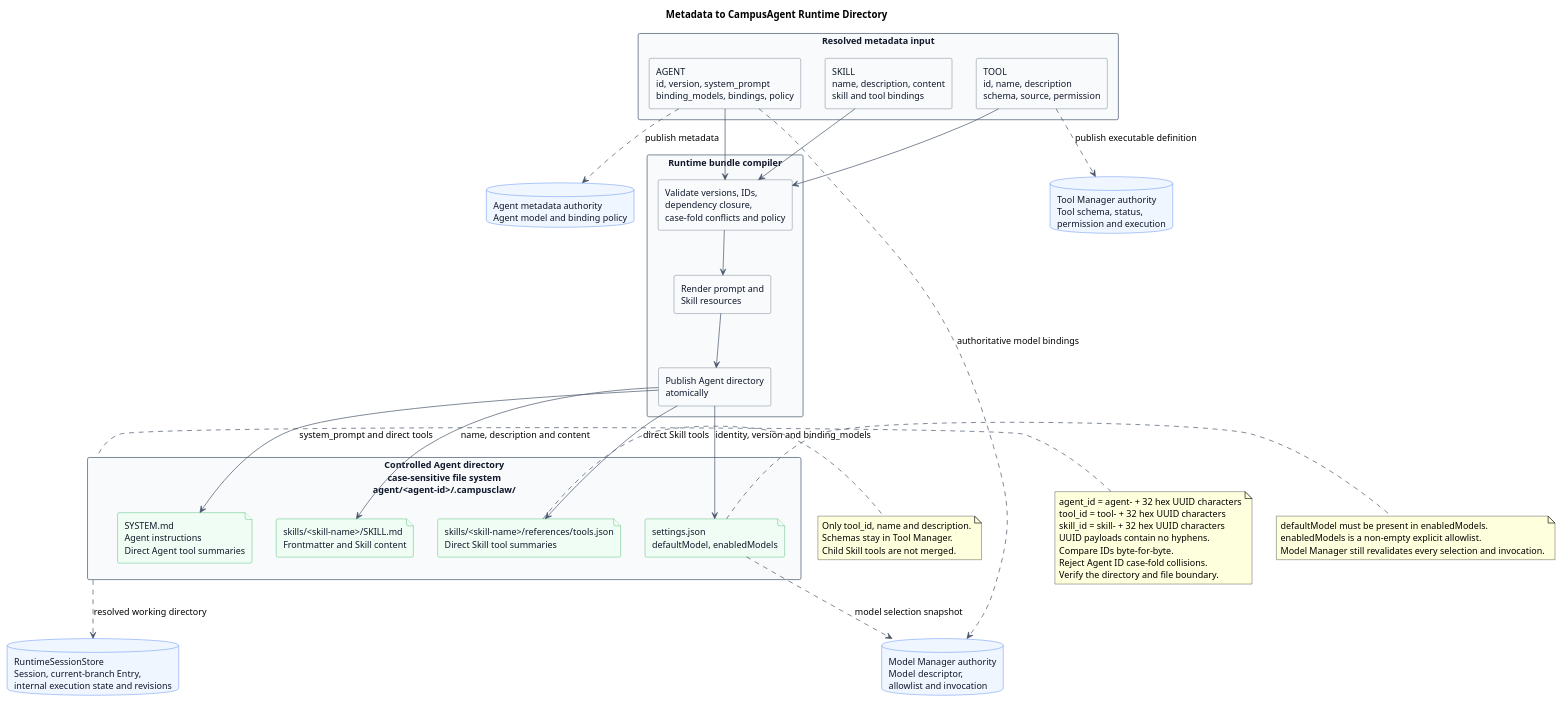
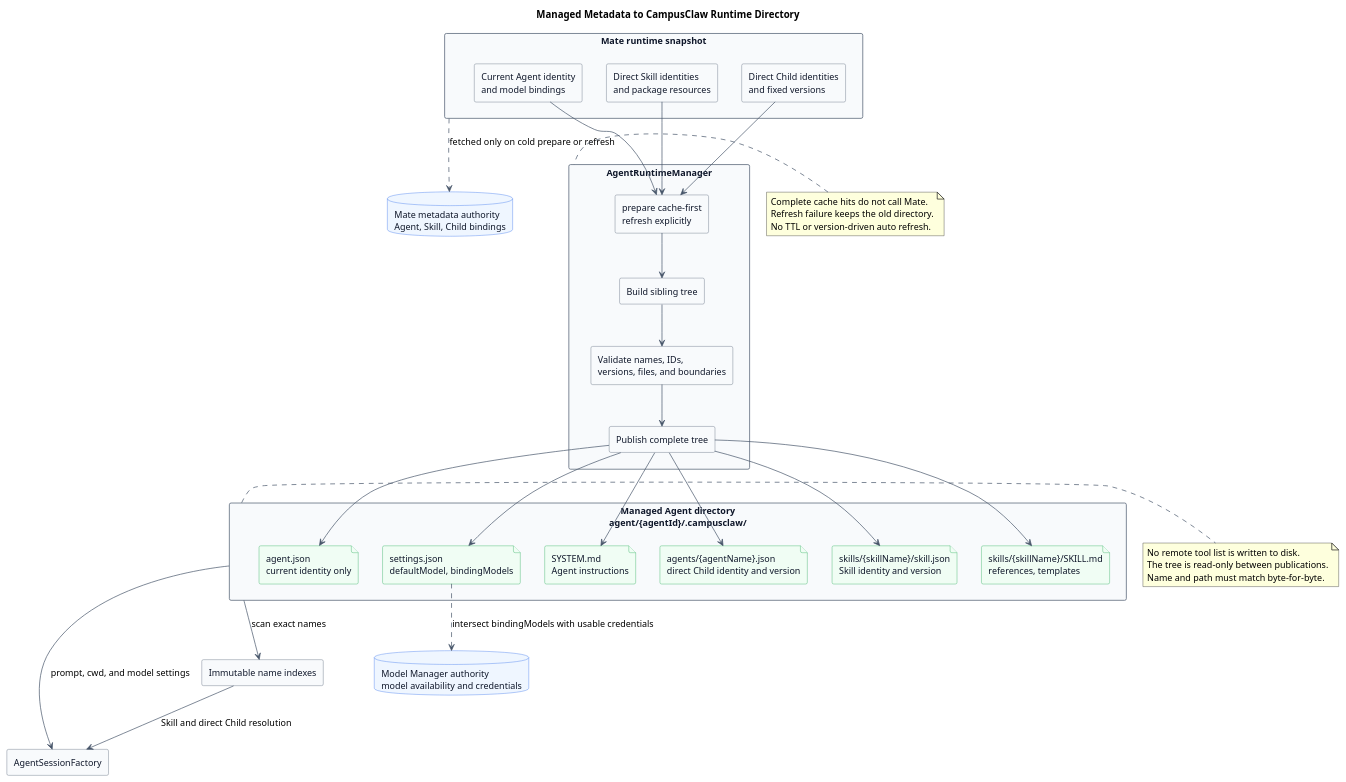
Before and after one commit to ssm0808/pi-mono-java-design: the diagram in pi-mono-java-manager-driven-multi-agent-runtime/diagrams/metadata/diagram.puml, drawn with PlantUML. The commit also changed 13 other files, not shown here.

Commit message:
docs(tool-system): design built-in tool architecture

```diff
--- a/pi-mono-java-manager-driven-multi-agent-runtime/diagrams/metadata/diagram.puml
+++ b/pi-mono-java-manager-driven-multi-agent-runtime/diagrams/metadata/diagram.puml
@@ -1,99 +1,90 @@
 @startuml metadata_runtime_directory_mapping
-title Metadata to CampusAgent Runtime Directory
+title Managed Metadata to CampusClaw Runtime Directory
 
-' Source evidence (pi-mono-java 9e7cc8952937a697fe2c16ff0de287b32bc4c891):
-' modules/coding-agent-cli/src/main/java/com/campusclaw/codingagent/runtimeapi/agent/FileAgentDirectoryResolver.java.
-' modules/coding-agent-cli/src/main/java/com/campusclaw/codingagent/runtimeapi/agent/RuntimeAgentPromptLoader.java.
-' Observed behavior: pi and pi-mono-java discover Skill metadata from SKILL.md frontmatter.
-' Observed behavior: the Runtime reads one controlled Agent directory directly and does not cache it.
-' Observed behavior: HTTP V1 reads agent/{agent_id}/.campusclaw while retaining its existing filenames.
-' Observed behavior: RuntimeSessionStore persists Session state in a shared database.
-' Observed behavior: RuntimeApiConstants still accepts agent_ plus 24 alphanumeric characters.
-' Architecture change: Agent, Tool, and Skill IDs use typed prefixes plus 32 hex UUID characters.
-' Design reason: align Runtime identifiers with the metadata authority and reject untyped aliases.
-' Target-only design: a future metadata compiler may publish the controlled Agent directory.
-' Design reason: keep Agent-specific disclosure local while Managers remain runtime authorities.
+' Source evidence (pi-mono-java d0efb2fd18f2f2a7db121a1cbd4f039348a8094a):
+' modules/coding-agent-cli/src/main/java/com/campusclaw/codingagent/runtime/AgentRuntimeManager.java, prepare and materialize.
+' modules/coding-agent-cli/src/main/java/com/campusclaw/codingagent/runtimeapi/agent/FileAgentDirectoryResolver.java, resolve.
+' Observed behavior: the Java baseline has two file contracts and materializes the CLI tree in place.
+' Architecture change: one managed tree serves CLI, Runtime, Cron, and Child entry points.
+' Security hardening: a complete sibling tree is validated before publication.
+' Design reason: sessions consume immutable identity indexes and never persist remote tool lists.
 
 skinparam backgroundColor #FFFFFF
 skinparam shadowing false
 skinparam defaultFontName Arial
 skinparam defaultFontSize 13
 skinparam rectangle {
   BackgroundColor #F8FAFC
   BorderColor #475569
   FontColor #0F172A
 }
 skinparam database {
   BackgroundColor #EFF6FF
   BorderColor #2563EB
   FontColor #0F172A
 }
 skinparam file {
   BackgroundColor #F0FDF4
   BorderColor #16A34A
   FontColor #0F172A
 }
 skinparam ArrowColor #475569
 
-rectangle "Resolved metadata input" as Input {
-  rectangle "AGENT\nid, version, system_prompt\nbinding_models, bindings, policy" as AgentMetadata
-  rectangle "SKILL\nname, description, content\nskill and tool bindings" as SkillMetadata
-  rectangle "TOOL\nid, name, description\nschema, source, permission" as ToolMetadata
+rectangle "Mate runtime snapshot" as Input {
+  rectangle "Current Agent identity\nand model bindings" as AgentMetadata
+  rectangle "Direct Skill identities\nand package resources" as SkillMetadata
+  rectangle "Direct Child identities\nand fixed versions" as ChildMetadata
 }
 
-rectangle "Runtime bundle compiler" as Compiler {
-  rectangle "Validate versions, IDs,\ndependency closure,\ncase-fold conflicts and policy" as Validate
-  rectangle "Render prompt and\nSkill resources" as Render
-  rectangle "Publish Agent directory\natomically" as Publish
+rectangle "AgentRuntimeManager" as Manager {
+  rectangle "prepare cache-first\nrefresh explicitly" as Resolve
+  rectangle "Build sibling tree" as Build
+  rectangle "Validate names, IDs,\nversions, files, and boundaries" as Validate
+  rectangle "Publish complete tree" as Publish
 }
 
-rectangle "Controlled Agent directory\ncase-sensitive file system\nagent/<agent-id>/.campusclaw/" as AgentDirectory {
-  file "settings.json\ndefaultModel, enabledModels" as SettingsFile
-  file "SYSTEM.md\nAgent instructions\nDirect Agent tool summaries" as SystemFile
-  file "skills/<skill-name>/SKILL.md\nFrontmatter and Skill content" as SkillFile
-  file "skills/<skill-name>/references/tools.json\nDirect Skill tool summaries" as SkillToolsFile
+rectangle "Managed Agent directory\nagent/{agentId}/.campusclaw/" as AgentDirectory {
+  file "agent.json\ncurrent identity only" as AgentFile
+  file "settings.json\ndefaultModel, bindingModels" as SettingsFile
+  file "SYSTEM.md\nAgent instructions" as SystemFile
+  file "agents/{agentName}.json\ndirect Child identity and version" as ChildFile
+  file "skills/{skillName}/skill.json\nSkill identity and version" as SkillIdentityFile
+  file "skills/{skillName}/SKILL.md\nreferences, templates" as SkillPackage
 }
 
-database "Agent metadata authority\nAgent model and binding policy" as AgentAuthority
-database "Tool Manager authority\nTool schema, status,\npermission and execution" as ToolManager
-database "Model Manager authority\nModel descriptor,\nallowlist and invocation" as ModelManager
-database "RuntimeSessionStore\nSession, current-branch Entry,\ninternal execution state and revisions" as SessionStore
+database "Mate metadata authority\nAgent, Skill, Child bindings" as MateAuthority
+database "Model Manager authority\nmodel availability and credentials" as ModelManager
+rectangle "AgentSessionFactory" as SessionFactory
+rectangle "Immutable name indexes" as Indexes
 
-AgentMetadata --> Validate
-SkillMetadata --> Validate
-ToolMetadata --> Validate
-Validate --> Render
-Render --> Publish
-Publish --> SettingsFile : identity, version and binding_models
-Publish --> SystemFile : system_prompt and direct tools
-Publish --> SkillFile : name, description and content
-Publish --> SkillToolsFile : direct Skill tools
+AgentMetadata --> Resolve
+SkillMetadata --> Resolve
+ChildMetadata --> Resolve
+Resolve --> Build
+Build --> Validate
+Validate --> Publish
+Publish --> AgentFile
+Publish --> SettingsFile
+Publish --> SystemFile
+Publish --> ChildFile
+Publish --> SkillIdentityFile
+Publish --> SkillPackage
 
-AgentMetadata ..> AgentAuthority : publish metadata
-ToolMetadata ..> ToolManager : publish executable definition
-SettingsFile ..> ModelManager : model selection snapshot
-AgentMetadata ..> ModelManager : authoritative model bindings
-AgentDirectory ..> SessionStore : resolved working directory
+Input ..> MateAuthority : fetched only on cold prepare or refresh
+SettingsFile ..> ModelManager : intersect bindingModels with usable credentials
+AgentDirectory --> Indexes : scan exact names
+Indexes --> SessionFactory : Skill and direct Child resolution
+AgentDirectory --> SessionFactory : prompt, cwd, and model settings
 
-note right of SkillToolsFile
-Only tool_id, name and description.
-Schemas stay in Tool Manager.
-Child Skill tools are not merged.
+note right of AgentDirectory
+No remote tool list is written to disk.
+The tree is read-only between publications.
+Name and path must match byte-for-byte.
 end note
 
-note left of AgentDirectory
-agent_id = agent- + 32 hex UUID characters
-tool_id = tool- + 32 hex UUID characters
-skill_id = skill- + 32 hex UUID characters
-UUID payloads contain no hyphens.
-Compare IDs byte-for-byte.
-Reject Agent ID case-fold collisions.
-Verify the directory and file boundary.
-end note
-
-note right of SettingsFile
-defaultModel must be present in enabledModels.
-enabledModels is a non-empty explicit allowlist.
-Model Manager still revalidates every selection and invocation.
+note left of Manager
+Complete cache hits do not call Mate.
+Refresh failure keeps the old directory.
+No TTL or version-driven auto refresh.
 end note
 @enduml
```
